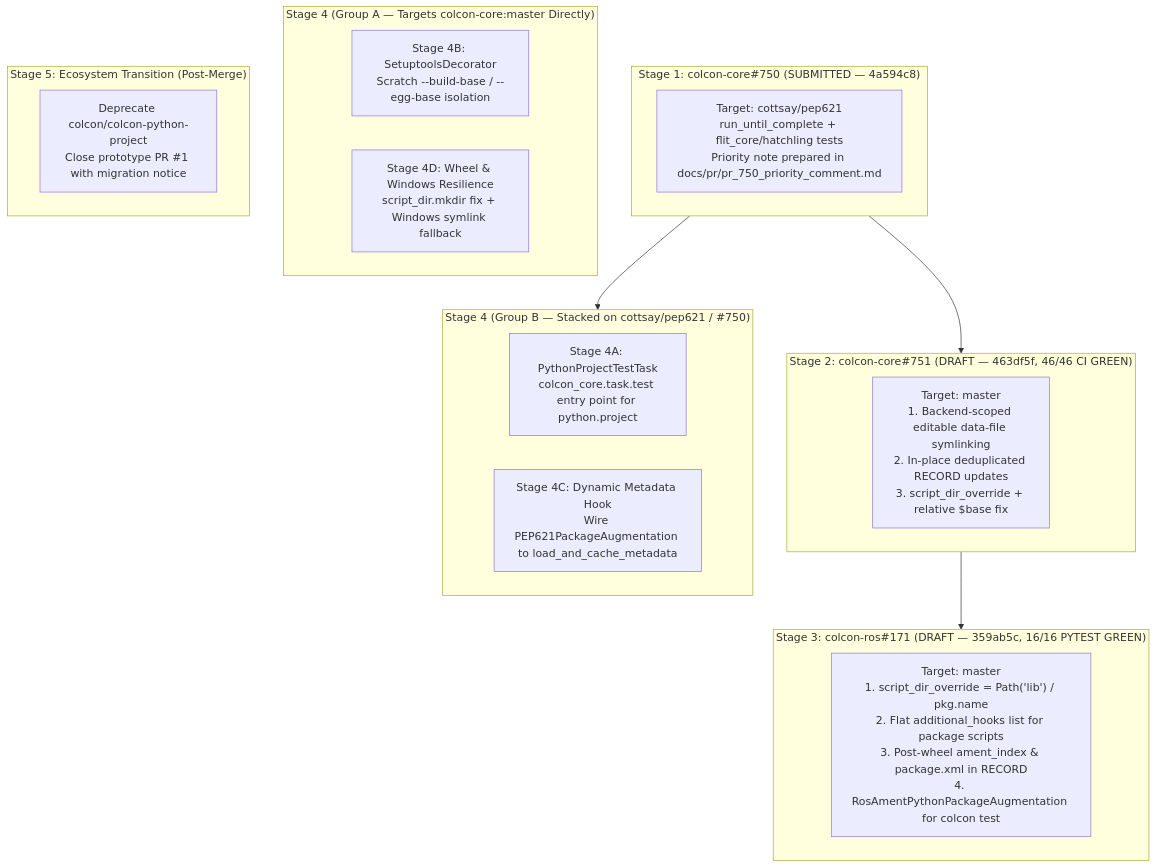
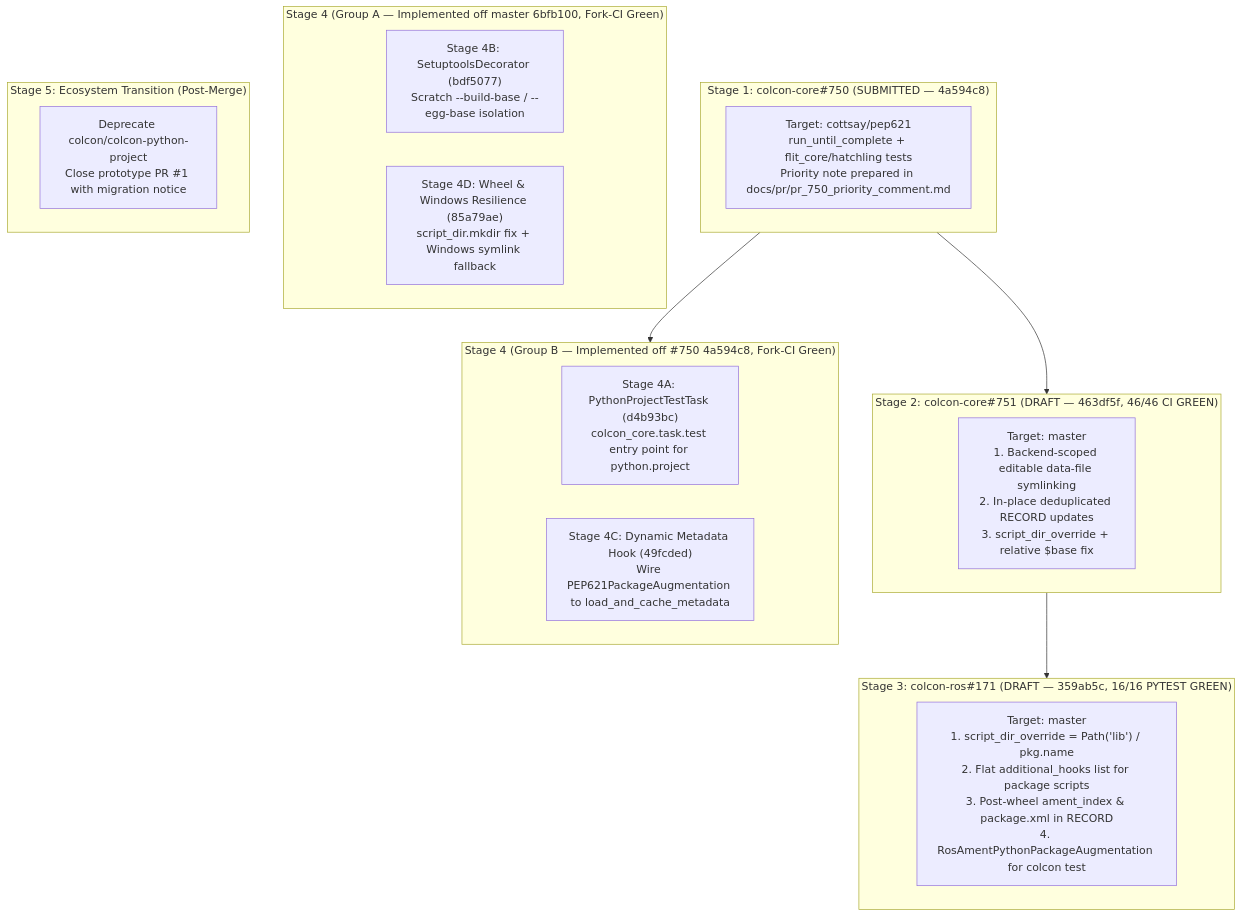
One commit to KmoM88/colcon-roadmap changed the diagram in docs/plans/pitfalls_and_remediation_plan.md. Above: the diagram before and after it, drawn with Mermaid. The commit also changed other lines of this file and 7 other files, not shown here.

Commit message:
Document Stage 4 fork branches, 44/44 fork CI validation PR #5, and sync results Gist

````diff
--- a/docs/plans/pitfalls_and_remediation_plan.md
+++ b/docs/plans/pitfalls_and_remediation_plan.md
@@ -81,32 +81,32 @@
 ```mermaid
 flowchart TD
     subgraph S1["Stage 1: colcon-core#750 (SUBMITTED — 4a594c8)"]
         P750["Target: cottsay/pep621<br/>run_until_complete + flit_core/hatchling tests<br/>Priority note prepared in docs/pr/pr_750_priority_comment.md"]
     end
 
     subgraph S2["Stage 2: colcon-core#751 (DRAFT — 463df5f, 46/46 CI GREEN)"]
         P751["Target: master<br/>1. Backend-scoped editable data-file symlinking<br/>2. In-place deduplicated RECORD updates<br/>3. script_dir_override + relative $base fix"]
     end
 
     subgraph S3["Stage 3: colcon-ros#171 (DRAFT — 359ab5c, 16/16 PYTEST GREEN)"]
         P171["Target: master<br/>1. script_dir_override = Path('lib') / pkg.name<br/>2. Flat additional_hooks list for package scripts<br/>3. Post-wheel ament_index & package.xml in RECORD<br/>4. RosAmentPythonPackageAugmentation for colcon test"]
     end
 
-    subgraph S4M["Stage 4 (Group A — Targets colcon-core:master Directly)"]
-        F4B["Stage 4B: SetuptoolsDecorator<br/>Scratch --build-base / --egg-base isolation"]
-        F4D["Stage 4D: Wheel & Windows Resilience<br/>script_dir.mkdir fix + Windows symlink fallback"]
+    subgraph S4M["Stage 4 (Group A — Implemented off master 6bfb100, Fork-CI Green)"]
+        F4B["Stage 4B: SetuptoolsDecorator (bdf5077)<br/>Scratch --build-base / --egg-base isolation"]
+        F4D["Stage 4D: Wheel & Windows Resilience (85a79ae)<br/>script_dir.mkdir fix + Windows symlink fallback"]
     end
 
-    subgraph S4P["Stage 4 (Group B — Stacked on cottsay/pep621 / #750)"]
-        F4A["Stage 4A: PythonProjectTestTask<br/>colcon_core.task.test entry point for python.project"]
-        F4C["Stage 4C: Dynamic Metadata Hook<br/>Wire PEP621PackageAugmentation to load_and_cache_metadata"]
+    subgraph S4P["Stage 4 (Group B — Implemented off #750 4a594c8, Fork-CI Green)"]
+        F4A["Stage 4A: PythonProjectTestTask (d4b93bc)<br/>colcon_core.task.test entry point for python.project"]
+        F4C["Stage 4C: Dynamic Metadata Hook (49fcded)<br/>Wire PEP621PackageAugmentation to load_and_cache_metadata"]
     end
 
     subgraph S5["Stage 5: Ecosystem Transition (Post-Merge)"]
         P5["Deprecate colcon/colcon-python-project<br/>Close prototype PR #1 with migration notice"]
     end
 
     S1 --> S2
     S2 --> S3
     S1 --> S4P
 ```
````
